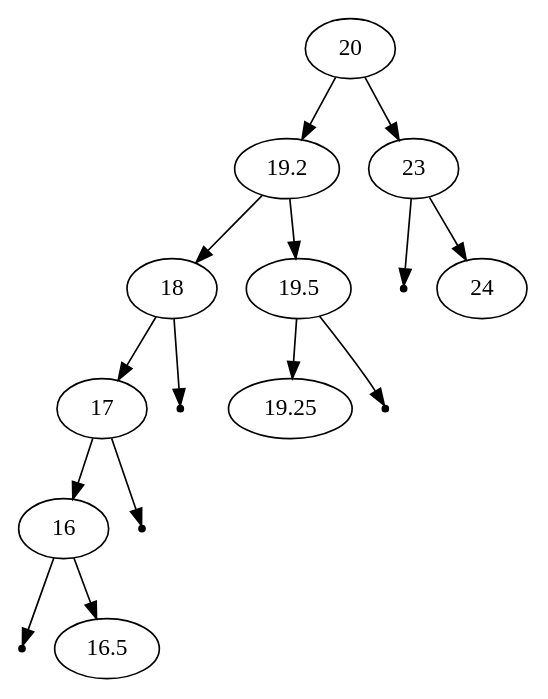
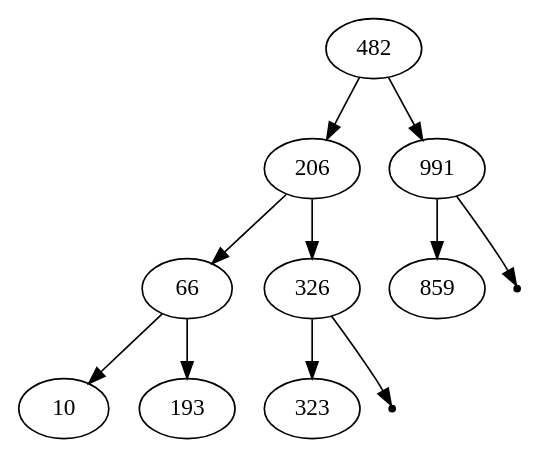
Before and after one commit to muniri92/Data-Structures-2.0: the diagram in src/graph.gv, drawn with Graphviz. The commit also changed 7 other files, not shown here.

```diff
--- a/src/graph.gv
+++ b/src/graph.gv
@@ -1,22 +1,15 @@
 digraph G{
-	20;
-	20 -> 19.2;
-	19.2 -> 18;
-	18 -> 17;
-	17 -> 16;
-	null603581228 [shape=point];
-	16 -> null603581228;
-	16 -> 16.5;
-	null105976346 [shape=point];
-	17 -> null105976346;
-	null878710266 [shape=point];
-	18 -> null878710266;
-	19.2 -> 19.5;
-	19.5 -> 19.25;
-	null622046257 [shape=point];
-	19.5 -> null622046257;
-	20 -> 23;
-	null740211508 [shape=point];
-	23 -> null740211508;
-	23 -> 24;
+	482;
+	482 -> 206;
+	206 -> 66;
+	66 -> 10;
+	66 -> 193;
+	206 -> 326;
+	326 -> 323;
+	null346690414 [shape=point];
+	326 -> null346690414;
+	482 -> 991;
+	991 -> 859;
+	null109426240 [shape=point];
+	991 -> null109426240;
 }
```
